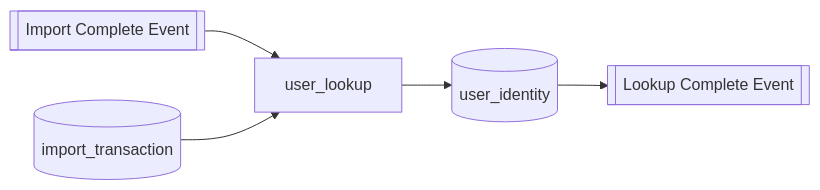
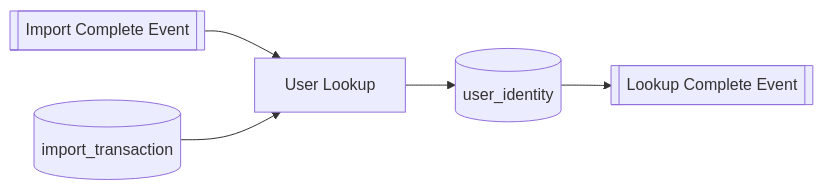
Before and after one commit to piukhq/harmonia: the second of 5 diagrams in data-flow.md, drawn with Mermaid. The commit also changed other lines of this file, not shown here.

Commit message:
update data flow diagram

````diff
--- a/data-flow.md
+++ b/data-flow.md
@@ -24,11 +24,12 @@
 ```mermaid
 flowchart LR
     import_complete[[Import Complete Event]]
     lookup_complete[[Lookup Complete Event]]
     import_transaction[(import_transaction)]
     user_identity[(user_identity)]
+    user_lookup["User Lookup"]
 
     import_complete --> user_lookup
     import_transaction --> user_lookup
     user_lookup --> user_identity --> lookup_complete
 ```
````
